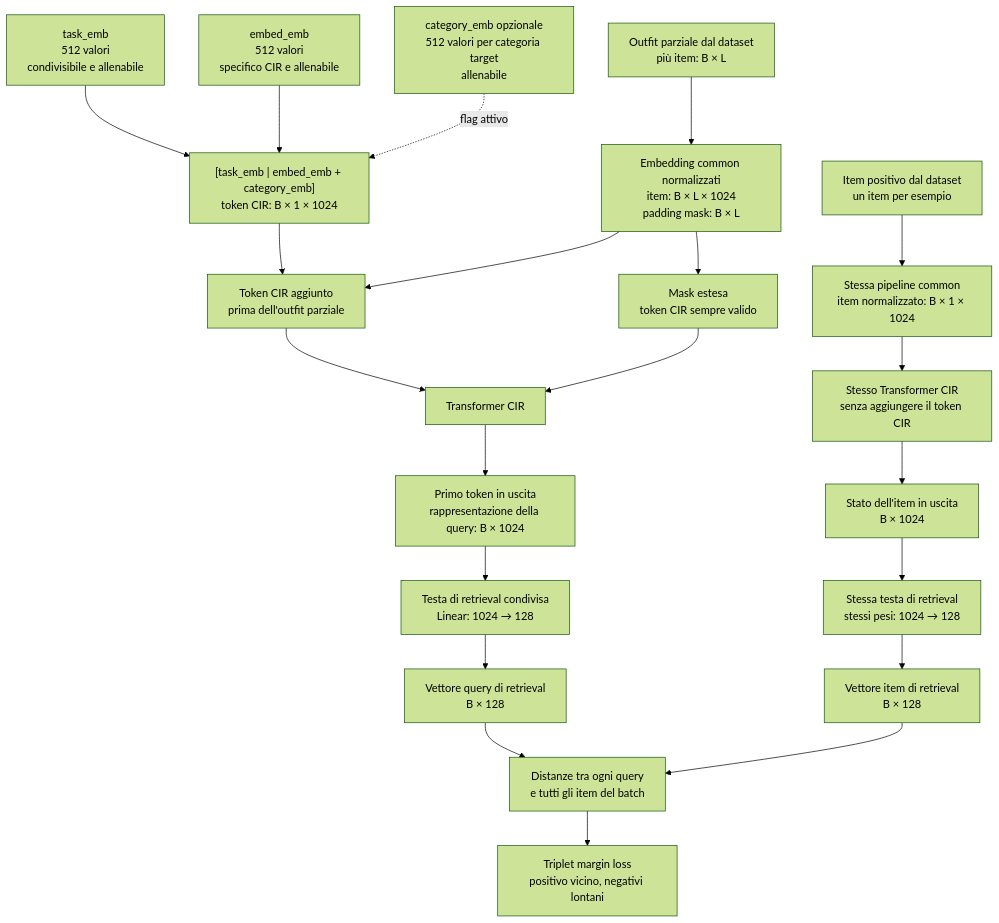
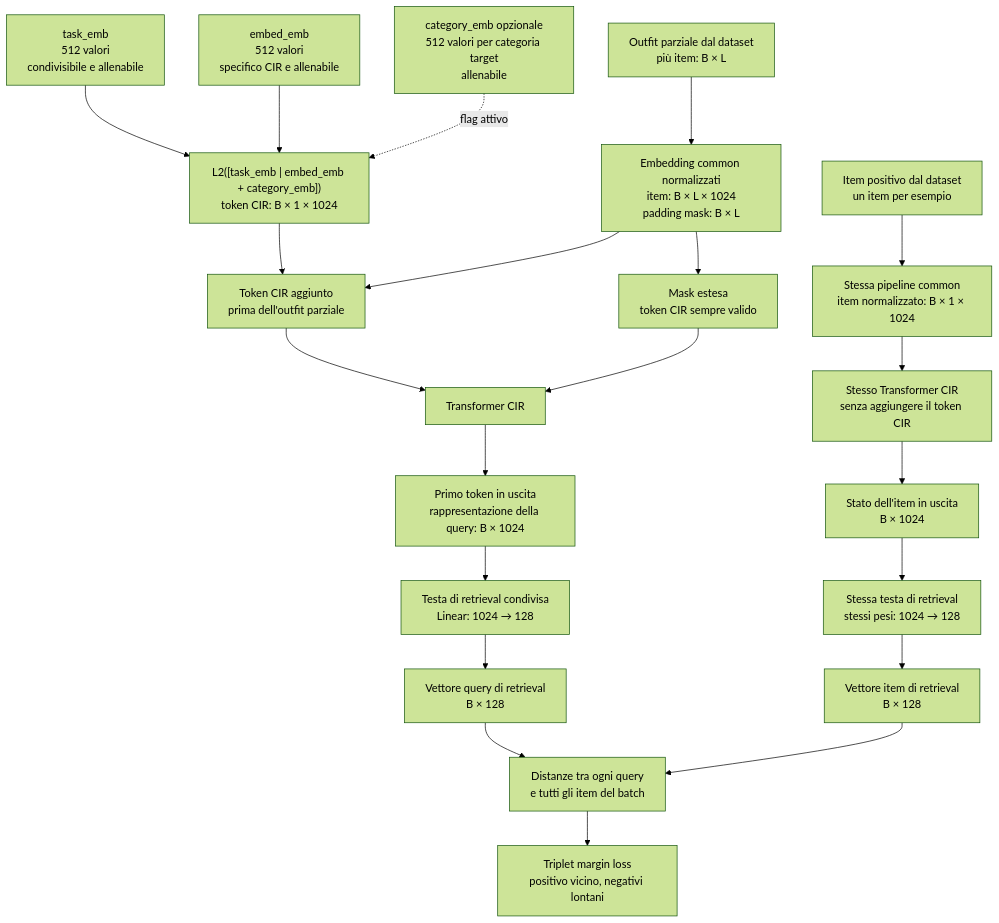
One commit to FlorindoDev/OutfitTransformer changed the first of 2 diagrams in model/CIR/README.md. Above: the diagram before and after it, drawn with Mermaid (forest theme). The commit also changed other lines of this file and 12 other files, not shown here.

Commit message:
feat(refacotr): - rimozione layer norm in piu - normalizzazione token CIR e CP - caricamento di tutti i pesi del CP nel allenamento del CIR

````diff
--- a/model/CIR/README.md
+++ b/model/CIR/README.md
@@ -46,48 +46,48 @@
 ```mermaid
 flowchart TD
     PARTIAL["Outfit parziale dal dataset<br/>più item: B × L"]
     COMMON_QUERY["Embedding common normalizzati<br/>item: B × L × 1024<br/>padding mask: B × L"]
     TASK["task_emb<br/>512 valori<br/>condivisibile e allenabile"]
     EMBED["embed_emb<br/>512 valori<br/>specifico CIR e allenabile"]
     CATEGORY["category_emb opzionale<br/>512 valori per categoria target<br/>allenabile"]
-    TOKEN["[task_emb | embed_emb + category_emb]<br/>token CIR: B × 1 × 1024"]
+    TOKEN["L2([task_emb | embed_emb + category_emb])<br/>token CIR: B × 1 × 1024"]
     PREPEND["Token CIR aggiunto<br/>prima dell'outfit parziale"]
     MASK["Mask estesa<br/>token CIR sempre valido"]
     QUERY_TRANSFORMER["Transformer CIR"]
     QUERY_STATE["Primo token in uscita<br/>rappresentazione della query: B × 1024"]
     QUERY_HEAD["Testa di retrieval condivisa<br/>Linear: 1024 → 128"]
     QUERY_VECTOR["Vettore query di retrieval<br/>B × 128"]
 
     POSITIVE["Item positivo dal dataset<br/>un item per esempio"]
     COMMON_ITEM["Stessa pipeline common<br/>item normalizzato: B × 1 × 1024"]
     ITEM_TRANSFORMER["Stesso Transformer CIR<br/>senza aggiungere il token CIR"]
     ITEM_STATE["Stato dell'item in uscita<br/>B × 1024"]
     ITEM_HEAD["Stessa testa di retrieval<br/>stessi pesi: 1024 → 128"]
     ITEM_VECTOR["Vettore item di retrieval<br/>B × 128"]
 
     DISTANCE["Distanze tra ogni query<br/>e tutti gli item del batch"]
     LOSS["Triplet margin loss<br/>positivo vicino, negativi lontani"]
 
     PARTIAL --> COMMON_QUERY
     TASK --> TOKEN
     EMBED --> TOKEN
     CATEGORY -. flag attivo .-> TOKEN
     TOKEN --> PREPEND
     COMMON_QUERY --> PREPEND
     COMMON_QUERY --> MASK
     PREPEND --> QUERY_TRANSFORMER
     MASK --> QUERY_TRANSFORMER
     QUERY_TRANSFORMER --> QUERY_STATE
     QUERY_STATE --> QUERY_HEAD
     QUERY_HEAD --> QUERY_VECTOR
 
     POSITIVE --> COMMON_ITEM
     COMMON_ITEM --> ITEM_TRANSFORMER
     ITEM_TRANSFORMER --> ITEM_STATE
     ITEM_STATE --> ITEM_HEAD
     ITEM_HEAD --> ITEM_VECTOR
 
     QUERY_VECTOR --> DISTANCE
     ITEM_VECTOR --> DISTANCE
     DISTANCE --> LOSS
 ```
````
